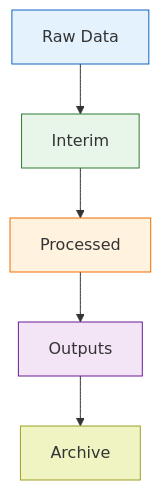
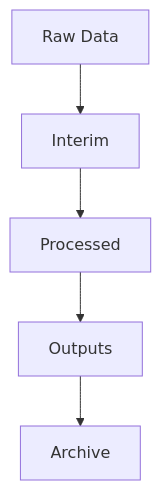
The third of 4 diagrams in training_site/essential_digital_skills/episodes/04-research_data_managment.qmd (thomgiles/DSDSP), drawn with Mermaid before and after one commit. The commit also changed other lines of this file and 2 other files, not shown here.

````diff
--- a/training_site/essential_digital_skills/episodes/04-research_data_managment.qmd
+++ b/training_site/essential_digital_skills/episodes/04-research_data_managment.qmd
@@ -241,13 +217,7 @@
 ```{mermaid}
 flowchart TB
     A[Raw Data] --> B[Interim]
     B --> C[Processed]
     C --> D[Outputs]
     D --> E[Archive]
-
-    style A fill:#E3F2FD,stroke:#1565C0,stroke-width:1px
-    style B fill:#E8F5E9,stroke:#2E7D32,stroke-width:1px
-    style C fill:#FFF3E0,stroke:#EF6C00,stroke-width:1px
-    style D fill:#F3E5F5,stroke:#6A1B9A,stroke-width:1px
-    style E fill:#F0F4C3,stroke:#9E9D24,stroke-width:1px
 ```
````
